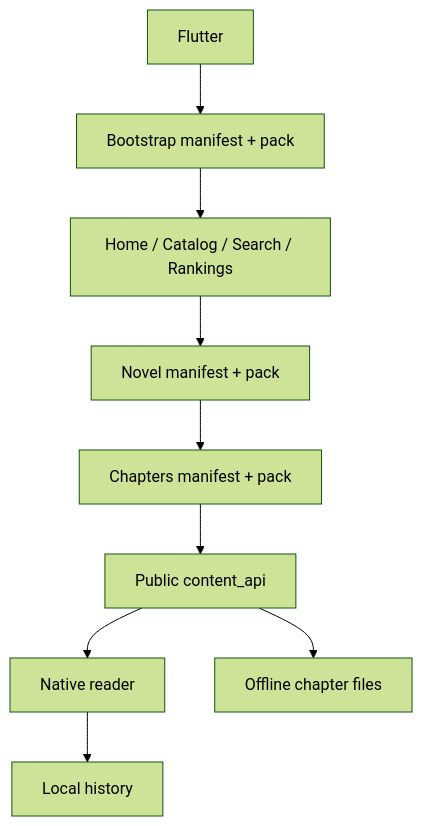
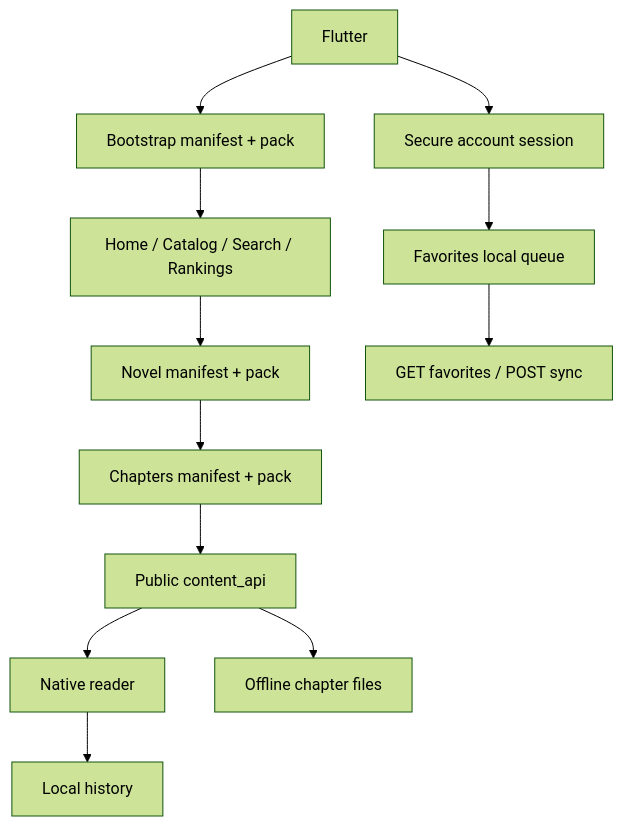
Before and after one commit to mohmaedeslam00116/Galaxy-Novels: the diagram in galaxy_novels_app/docs/app_api_gap_audit.md, drawn with Mermaid (forest theme). The commit also changed other lines of this file and 28 other files, not shown here.

First line of the commit message:
feat(favorites): add account-synced novel library

````diff
--- a/galaxy_novels_app/docs/app_api_gap_audit.md
+++ b/galaxy_novels_app/docs/app_api_gap_audit.md
@@ -42,11 +42,14 @@
 ```mermaid
 flowchart TD
     A["Flutter"] --> B["Bootstrap manifest + pack"]
     B --> C["Home / Catalog / Search / Rankings"]
     C --> D["Novel manifest + pack"]
     D --> E["Chapters manifest + pack"]
     E --> F["Public content_api"]
     F --> G["Native reader"]
     G --> H["Local history"]
     F --> I["Offline chapter files"]
+    A --> J["Secure account session"]
+    J --> K["Favorites local queue"]
+    K --> L["GET favorites / POST sync"]
 ```
````
